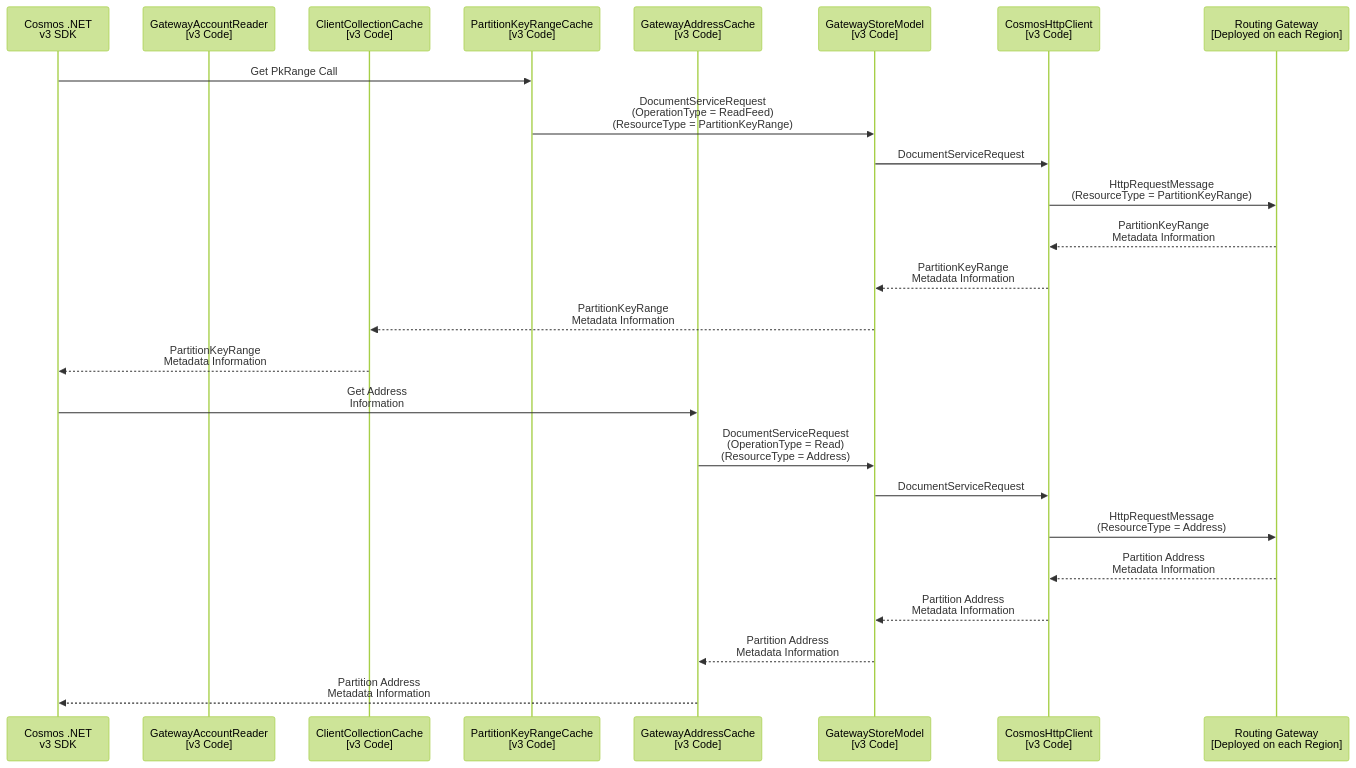
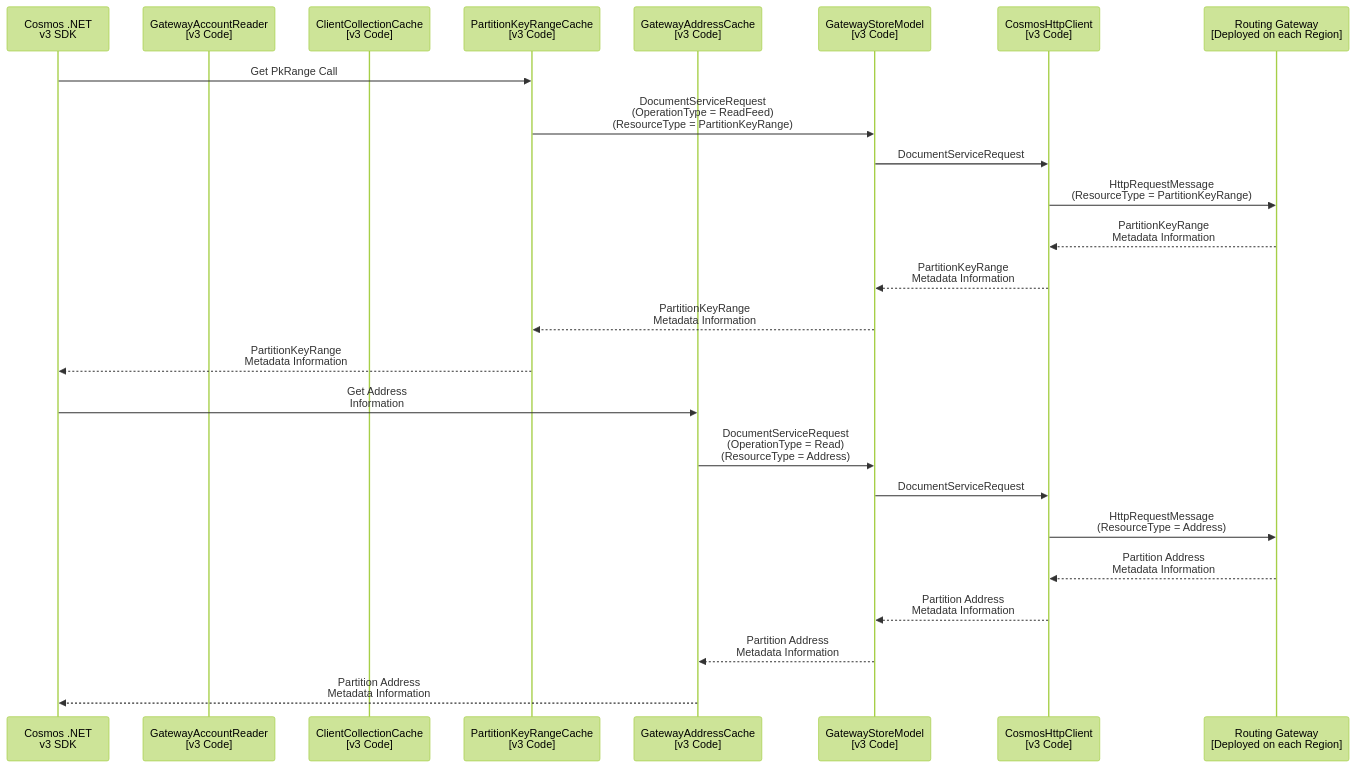
Before and after one commit to Azure/azure-cosmos-dotnet-v3: the second of 2 diagrams in docs/sdk_rg_seq_diagram.md, drawn with Mermaid (forest theme). The commit also changed other lines of this file, not shown here.

Commit message:
Updated the sequence diagram document.

````diff
--- a/docs/sdk_rg_seq_diagram.md
+++ b/docs/sdk_rg_seq_diagram.md
@@ -43,27 +149,27 @@
 ```mermaid
 sequenceDiagram
     participant A as Cosmos .NET <br> v3 SDK
     participant B as GatewayAccountReader <br> [v3 Code]
     participant C as ClientCollectionCache <br> [v3 Code]    
     participant D as PartitionKeyRangeCache <br> [v3 Code]    
     participant E as GatewayAddressCache <br> [v3 Code]    
     participant F as GatewayStoreModel <br> [v3 Code]
     participant G as CosmosHttpClient <br> [v3 Code]
     participant H as Routing Gateway <br> [Deployed on each Region]
     A->>D: Get PkRange Call
     D->>F: DocumentServiceRequest <br> (OperationType = ReadFeed) <br> (ResourceType = PartitionKeyRange)
     F->>G: DocumentServiceRequest
     G->>H: HttpRequestMessage <br> (ResourceType = PartitionKeyRange)
     H-->>G: PartitionKeyRange <br> Metadata Information
     G-->>F: PartitionKeyRange <br> Metadata Information 
-    F-->>C: PartitionKeyRange <br> Metadata Information  
-    C-->>A: PartitionKeyRange <br> Metadata Information
+    F-->>D: PartitionKeyRange <br> Metadata Information  
+    D-->>A: PartitionKeyRange <br> Metadata Information
     A->>E: Get Address <br> Information
     E->>F: DocumentServiceRequest <br> (OperationType = Read) <br> (ResourceType = Address)
     F->>G: DocumentServiceRequest
     G->>H: HttpRequestMessage <br> (ResourceType = Address)
     H-->>G: Partition Address <br> Metadata Information
     G-->>F: Partition Address <br> Metadata Information 
     F-->>E: Partition Address <br> Metadata Information  
     E-->>A: Partition Address <br> Metadata Information      
 ```
````
